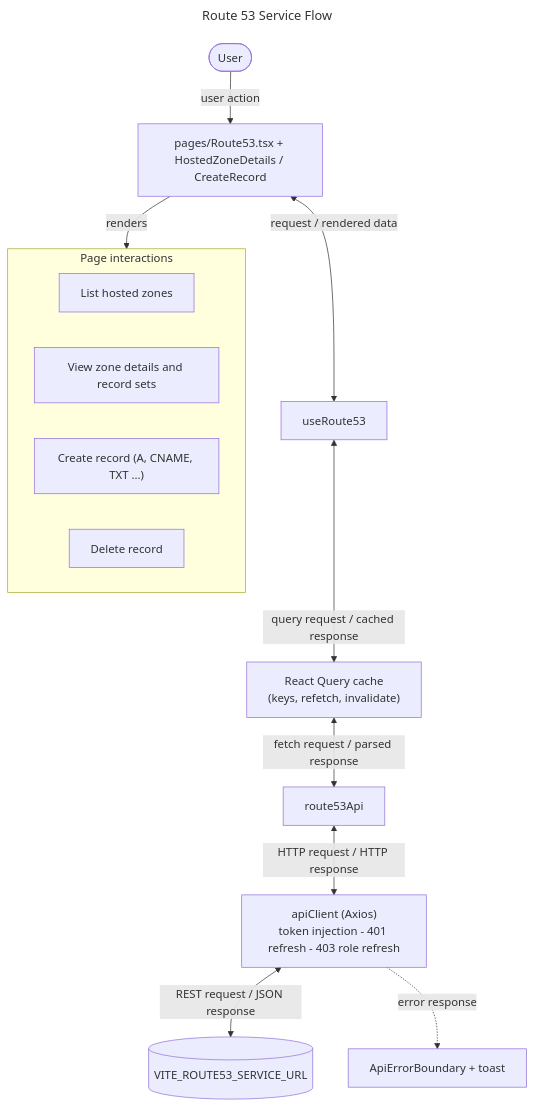
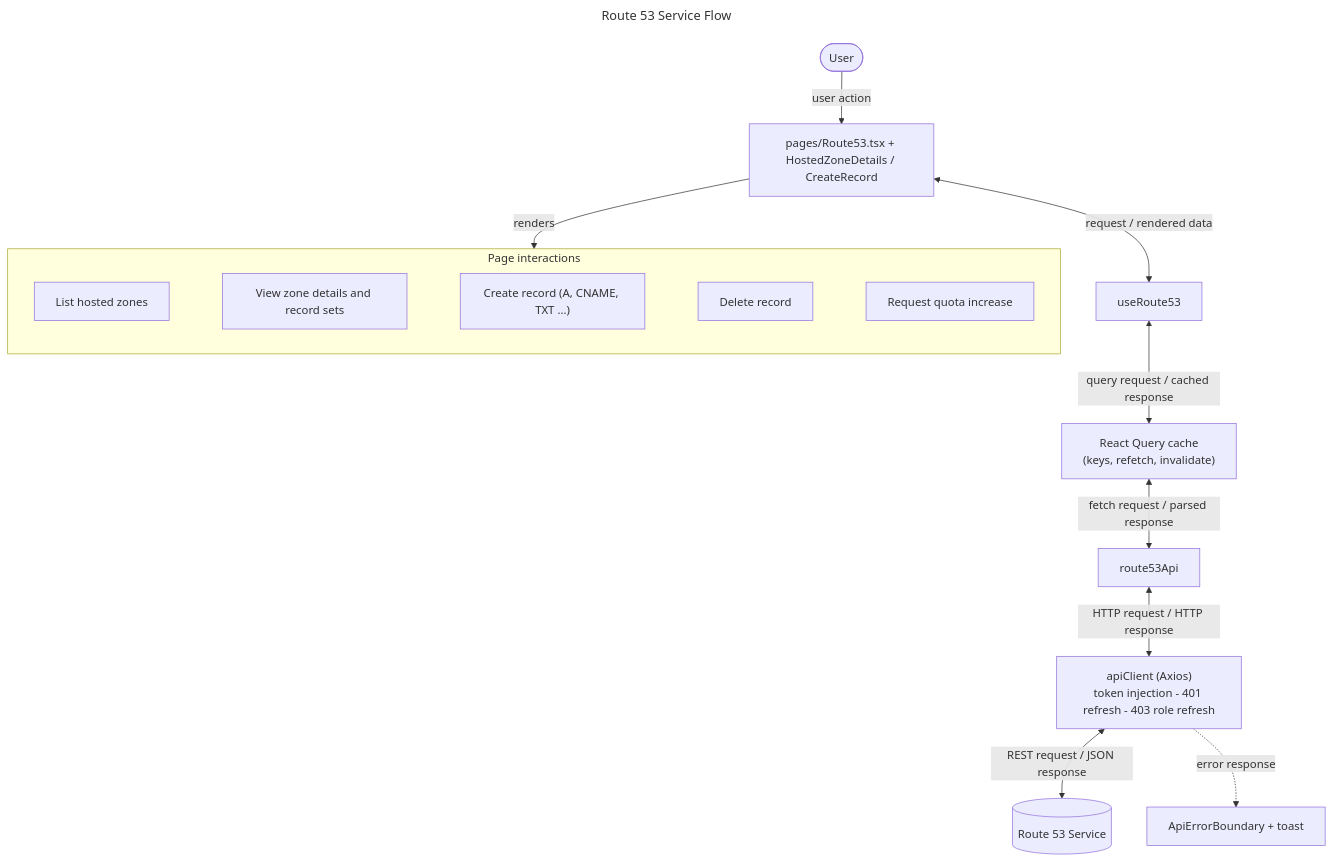
One commit to sayeeduddinofficial/user-table-view changed the diagram in docs/flowcharts/route53.mmd. Above: the diagram before and after it, drawn with Mermaid. The commit also changed 87 other files, not shown here.

Commit message:
latest flow charts

```diff
--- a/docs/flowcharts/route53.mmd
+++ b/docs/flowcharts/route53.mmd
@@ -1,18 +1,21 @@
 ---
 title: Route 53 Service Flow
 ---
 flowchart TD
   U([User]) -->|"user action"| P["pages/Route53.tsx + HostedZoneDetails / CreateRecord"]
   P <-->|"request / rendered data"| H["useRoute53"]
   H <-->|"query request / cached response"| Q["React Query cache<br/>(keys, refetch, invalidate)"]
   Q <-->|"fetch request / parsed response"| A["route53Api"]
   A <-->|"HTTP request / HTTP response"| C["apiClient (Axios)<br/>token injection - 401 refresh - 403 role refresh"]
-  C <-->|"REST request / JSON response"| S[("VITE_ROUTE53_SERVICE_URL")]
+  C <-->|"REST request / JSON response"| S[("Route 53 Service")]
   P -->|"renders"| UI
   subgraph UI[Page interactions]
+    direction LR
     S0["List hosted zones"]
     S1["View zone details and record sets"]
     S2["Create record (A, CNAME, TXT ...)"]
     S3["Delete record"]
+    S4["Request quota increase"]
+    S0 ~~~ S1 ~~~ S2 ~~~ S3 ~~~ S4
   end
   C -. "error response" .-> E["ApiErrorBoundary + toast"]
```
